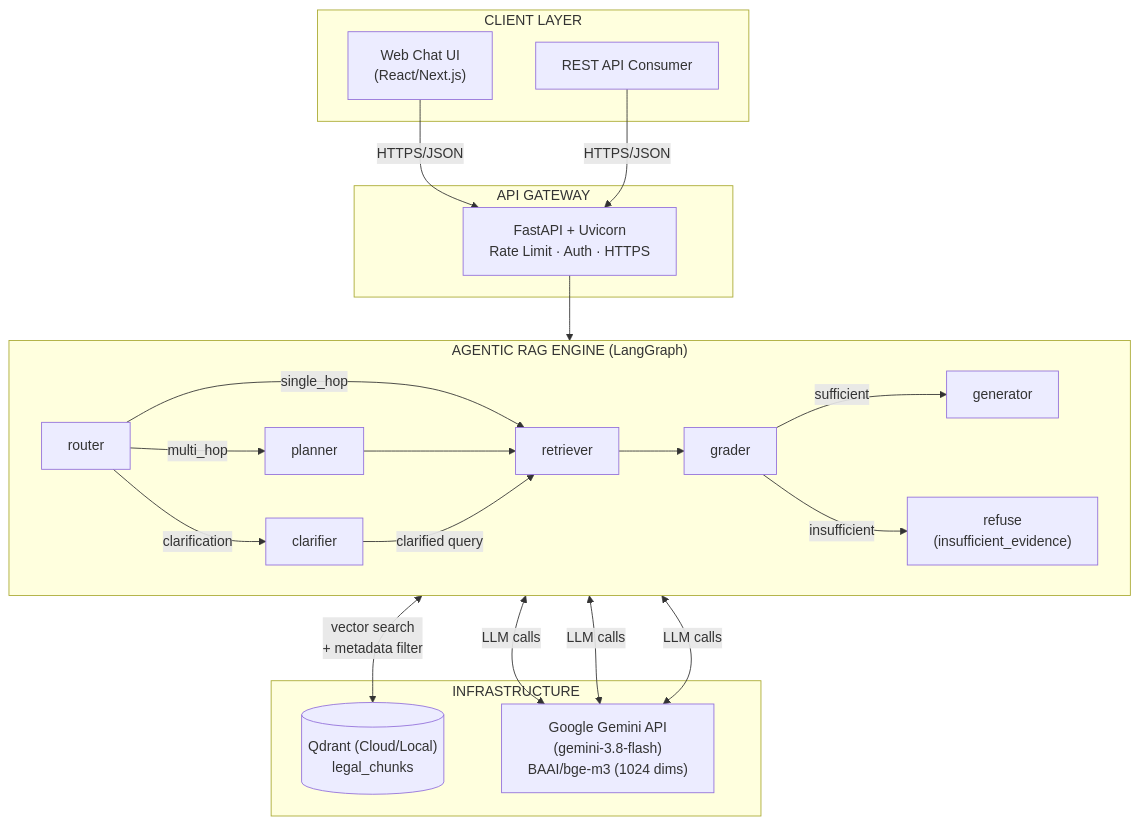
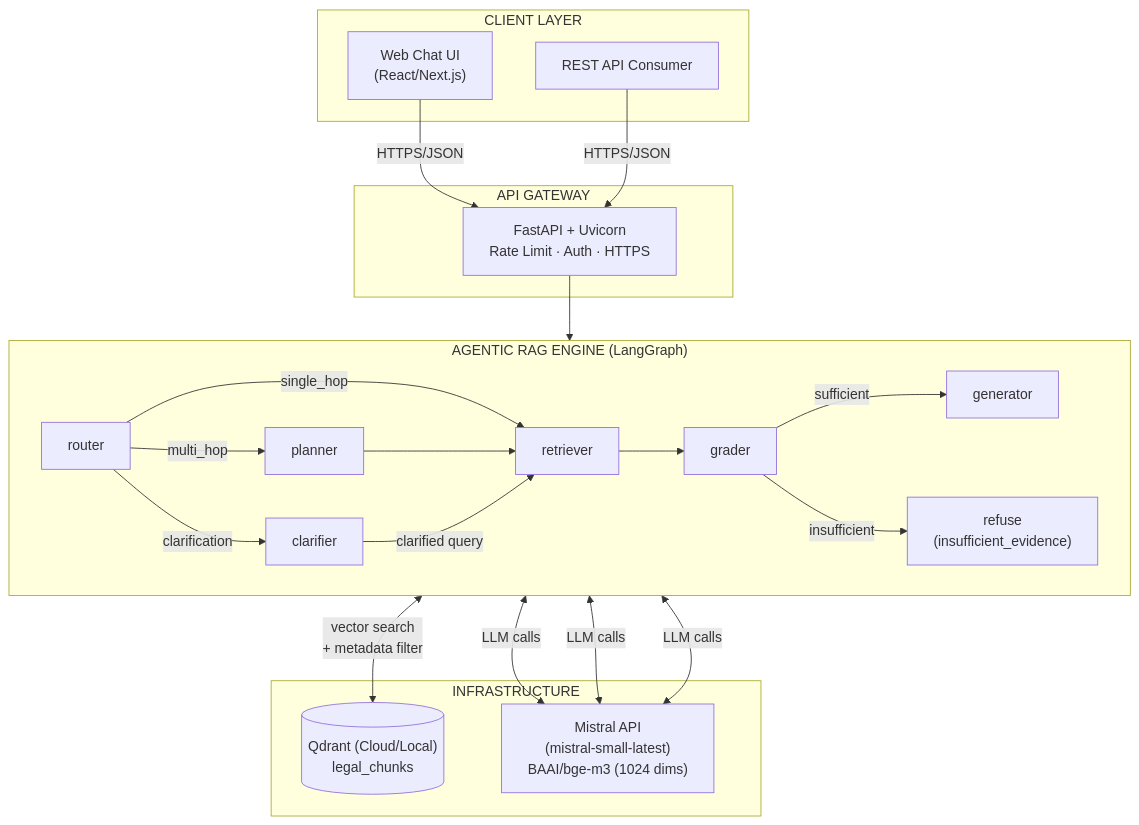
Before and after one commit to dovh25/agentic-rag-legal-qa-hanoi: the first of 4 diagrams in docs/PRD.md, drawn with Mermaid. The commit also changed other lines of this file and 11 other files, not shown here.

````diff
--- a/docs/PRD.md
+++ b/docs/PRD.md
@@ -302,40 +309,40 @@
 ```mermaid
 graph TB
     subgraph CLIENT["CLIENT LAYER"]
         UI["Web Chat UI\n(React/Next.js)"]
         API_C["REST API Consumer"]
     end
 
     subgraph GW["API GATEWAY"]
         FA["FastAPI + Uvicorn\nRate Limit · Auth · HTTPS"]
     end
 
     subgraph ENGINE["AGENTIC RAG ENGINE (LangGraph)"]
         direction LR
         ROUTER["router"]
         PLANNER["planner"]
         RETRIEVER["retriever"]
         GRADER["grader"]
         GENERATOR["generator"]
         CLARIFIER["clarifier"]
 
         ROUTER -->|multi_hop| PLANNER
         ROUTER -->|single_hop| RETRIEVER
         ROUTER -->|clarification| CLARIFIER
         PLANNER --> RETRIEVER
         RETRIEVER --> GRADER
         GRADER -->|sufficient| GENERATOR
         GRADER -->|insufficient| REFUSE["refuse\n(insufficient_evidence)"]
         CLARIFIER -->|clarified query| RETRIEVER
     end
 
     subgraph INFRA["INFRASTRUCTURE"]
         QDRANT[("Qdrant (Cloud/Local)\nlegal_chunks")]
-        LLM["Google Gemini API\n(gemini-3.8-flash)\nBAAI/bge-m3 (1024 dims)"]
+        LLM["Mistral API\n(mistral-small-latest)\nBAAI/bge-m3 (1024 dims)"]
     end
 
     UI & API_C -->|HTTPS/JSON| FA
     FA --> ENGINE
     RETRIEVER <-->|vector search\n+ metadata filter| QDRANT
     ROUTER & PLANNER & GENERATOR <-->|LLM calls| LLM
 ```
````
